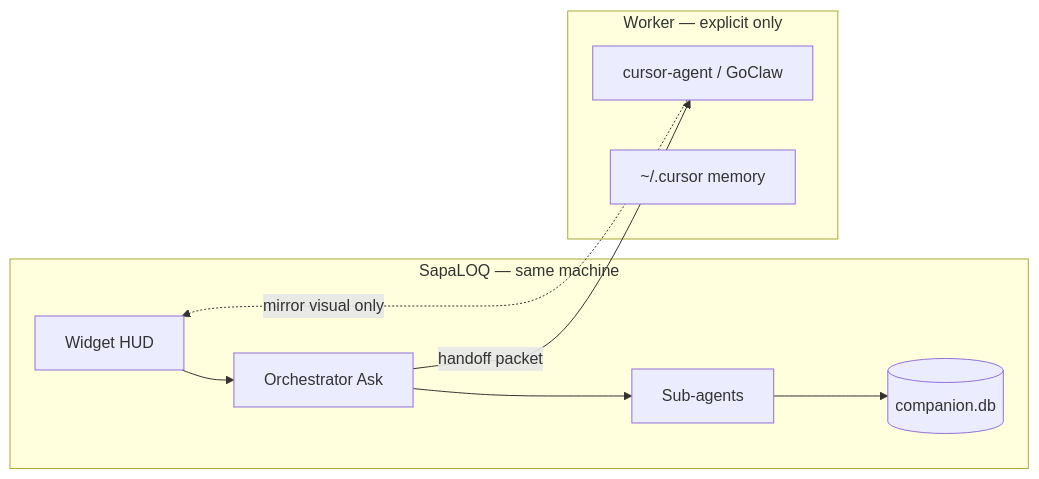
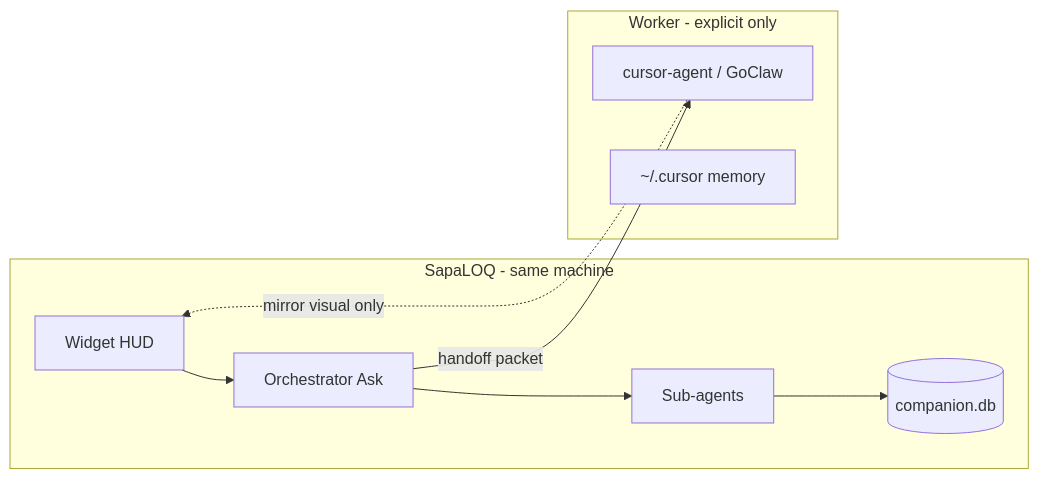
The first of 11 diagrams in docs/BLUEPRINT.md (jahrulnr/sapaloq), drawn with Mermaid before and after one commit. The commit also changed other lines of this file and 255 other files, not shown here.

````diff
--- a/docs/BLUEPRINT.md
+++ b/docs/BLUEPRINT.md
@@ -164,18 +164,18 @@
 ```mermaid
 flowchart LR
-  subgraph sapaloq [SapaLOQ — same machine]
+  subgraph sapaloq [SapaLOQ - same machine]
     W[Widget HUD]
     O[Orchestrator Ask]
     SA[Sub-agents]
     DB[(companion.db)]
     W --> O --> SA --> DB
   end
 
-  subgraph worker [Worker — explicit only]
+  subgraph worker [Worker - explicit only]
     CA[cursor-agent / GoClaw]
     CM[~/.cursor memory]
   end
 
   O -->|handoff packet| CA
   CA -.mirror visual only.-> W
 ```
````
